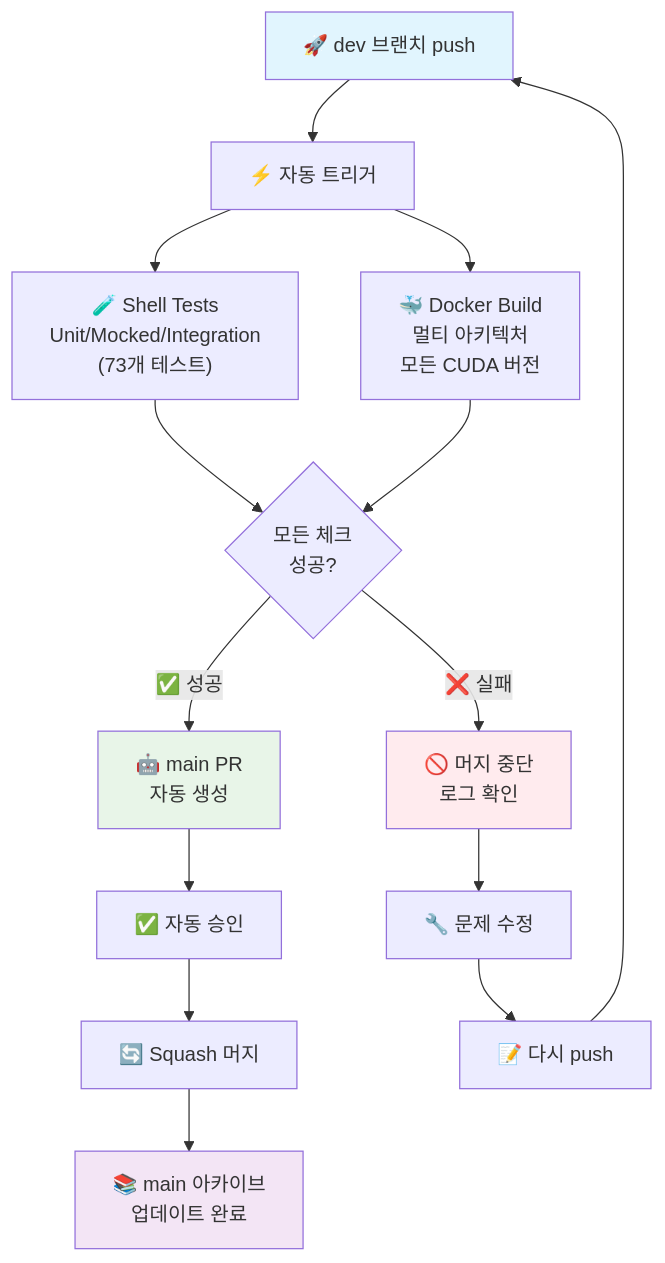
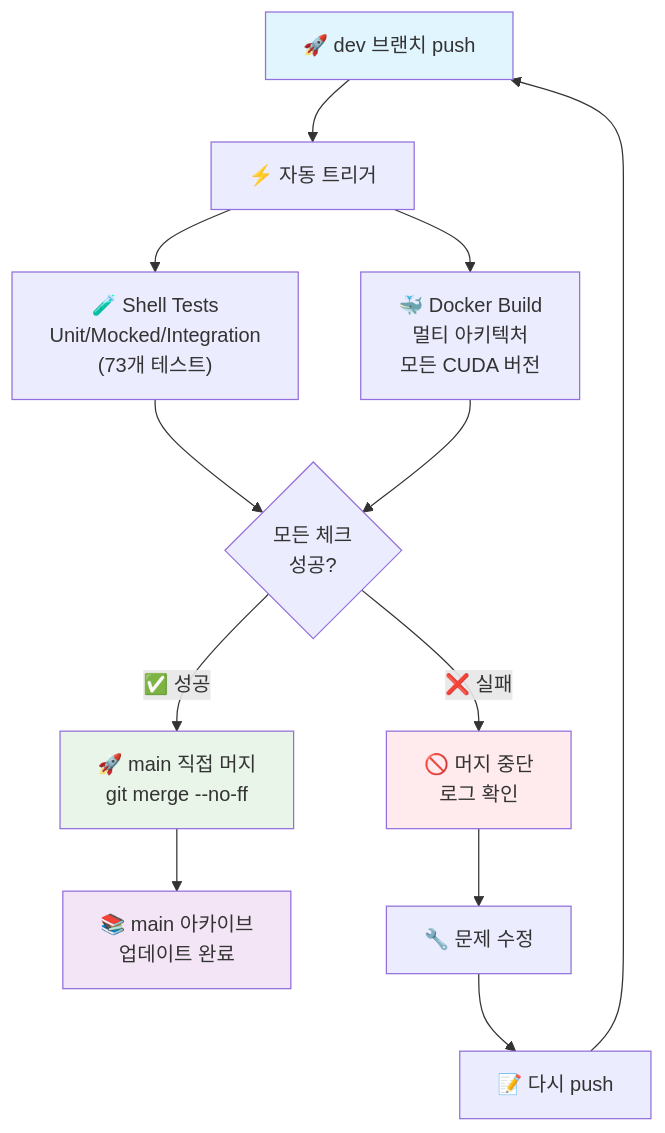
Before and after one commit to devcomfort/my-runpod-container: the diagram in README.md, drawn with Mermaid. The commit also changed other lines of this file and 2 other files, not shown here.

Commit message:
feat: 🚀 No PR 직접 머지 시스템으로 초단순화
## 🔧 워크플로우 혁신
- dev-to-main-auto-merge.yml: PR 단계 완전 제거, 직접 git merge 사용
- permissions에서 pull-requests: write 제거
- 더 빠르고 단순한 개인 프로젝트 최적화

## 📚 문서 완전 재작성
- pr-auto-merge.md: No PR 워크플로우에 맞게 전면 수정
- README.md: 직접 머지 시스템으로 업데이트
- 개인 프로젝트 최적화 가이드 추가

## 🎯 핵심 개선사항
- PR 생성/승인 단계 제거로 더 빠른 배포
- 개인 프로젝트에서 불필요한 오버헤드 제거
- git merge --no-ff로 직접 main 브랜치 머지
- 극단적으로 단순화된 워크플로우

개인 작업에 최적화된 초단순 CI/CD 시스템 완성!

````diff
--- a/README.md
+++ b/README.md
@@ -63,25 +63,23 @@
 ```mermaid
 graph TD
     A["🚀 dev 브랜치 push"] --> B["⚡ 자동 트리거"]
     B --> C["🧪 Shell Tests<br/>Unit/Mocked/Integration<br/>(73개 테스트)"]
     B --> D["🐳 Docker Build<br/>멀티 아키텍처<br/>모든 CUDA 버전"]
     
     C --> E{모든 체크<br/>성공?}
     D --> E
     
-    E -->|✅ 성공| F["🤖 main PR<br/>자동 생성"]
+    E -->|✅ 성공| F["🚀 main 직접 머지<br/>git merge --no-ff"]
     E -->|❌ 실패| G["🚫 머지 중단<br/>로그 확인"]
     
-    F --> H["✅ 자동 승인"]
-    H --> I["🔄 Squash 머지"]
-    I --> J["📚 main 아카이브<br/>업데이트 완료"]
+    F --> H["📚 main 아카이브<br/>업데이트 완료"]
     
-    G --> K["🔧 문제 수정"]
-    K --> L["📝 다시 push"]
-    L --> A
+    G --> I["🔧 문제 수정"]
+    I --> J["📝 다시 push"]
+    J --> A
     
     style A fill:#e1f5fe
     style F fill:#e8f5e8
-    style J fill:#f3e5f5
+    style H fill:#f3e5f5
     style G fill:#ffebee
 ```
````
